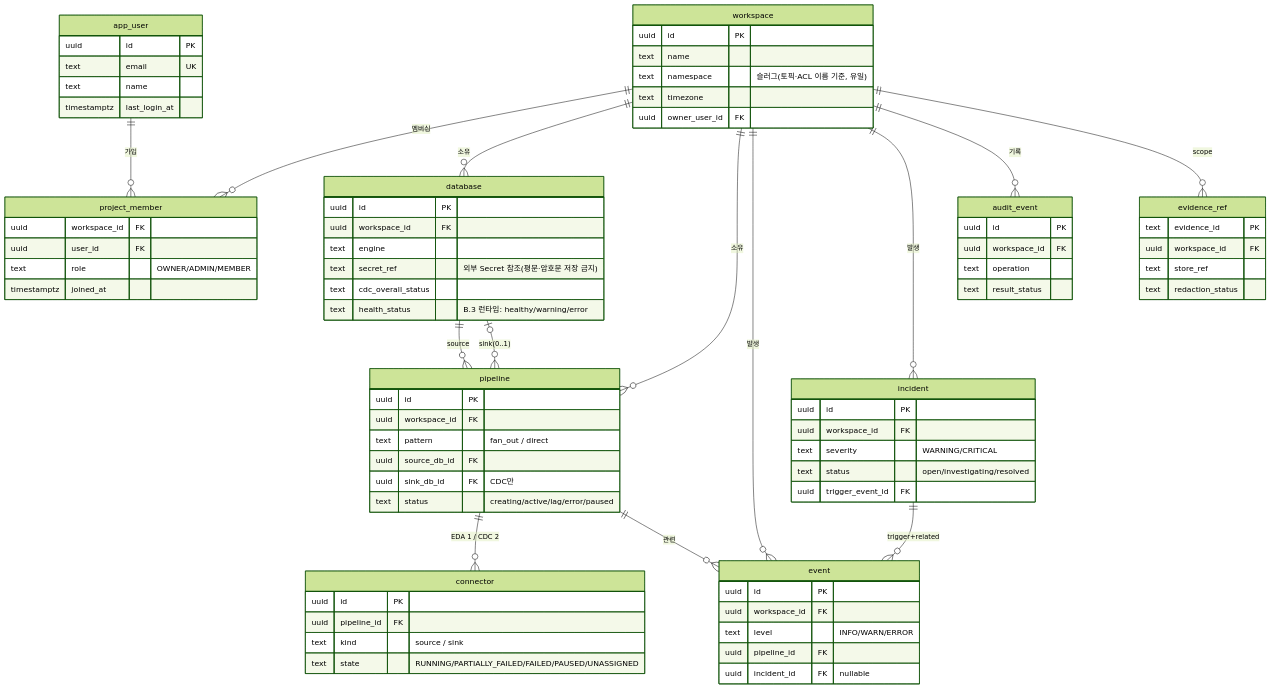
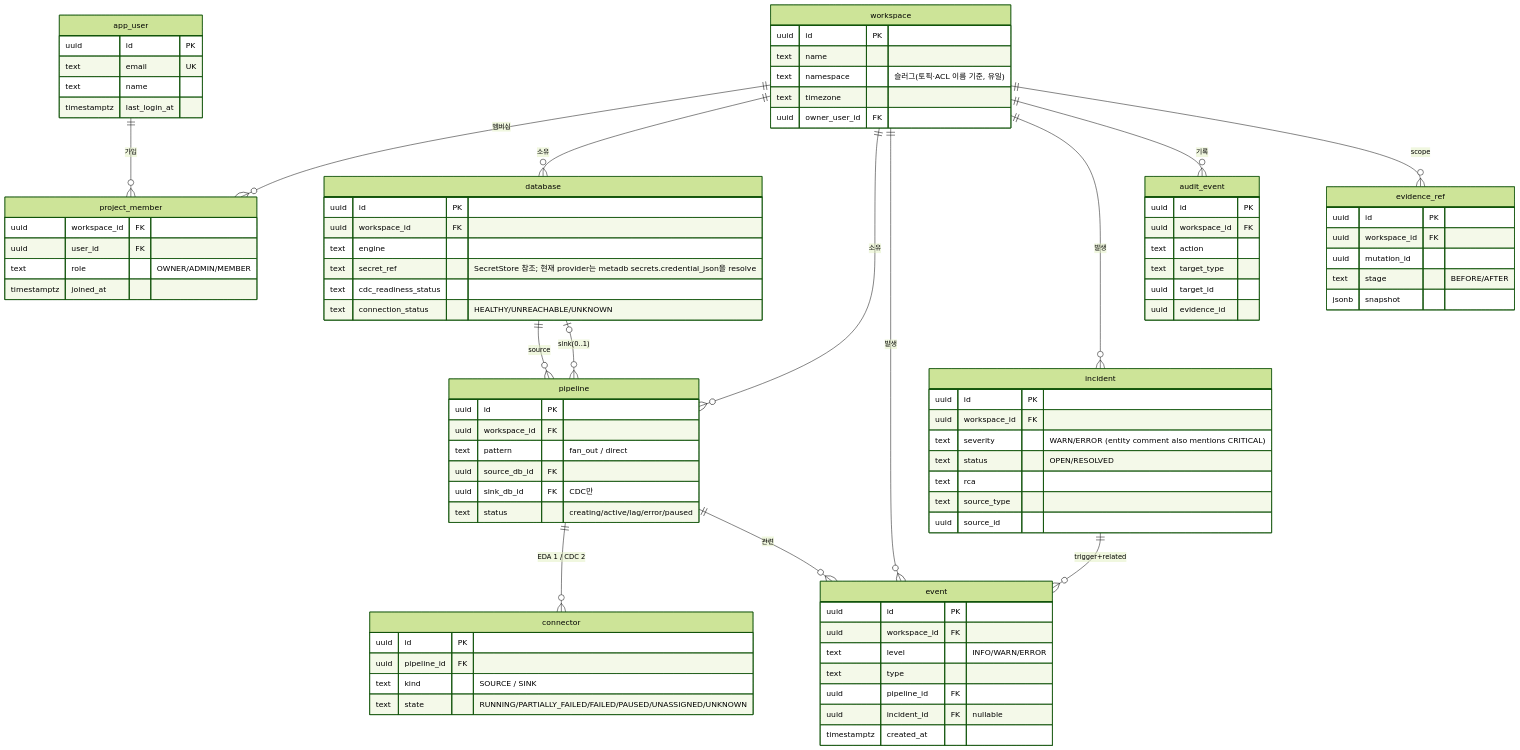
One commit to cloud-team2/bifrost changed the diagram in docs/design/backend-springboot/data-model.md. Above: the diagram before and after it, drawn with Mermaid (forest theme). The commit also changed other lines of this file and 25 other files, not shown here.

````diff
--- a/docs/design/backend-springboot/data-model.md
+++ b/docs/design/backend-springboot/data-model.md
@@ -53,9 +53,9 @@
         uuid id PK
         uuid workspace_id FK
         text engine
-        text secret_ref "외부 Secret 참조(평문·암호문 저장 금지)"
-        text cdc_overall_status
-        text health_status "B.3 런타임: healthy/warning/error"
+        text secret_ref "SecretStore 참조; 현재 provider는 metadb secrets.credential_json을 resolve"
+        text cdc_readiness_status
+        text connection_status "HEALTHY/UNREACHABLE/UNKNOWN"
     }
     pipeline {
         uuid id PK
@@ -68,33 +68,40 @@
     connector {
         uuid id PK
         uuid pipeline_id FK
-        text kind "source / sink"
-        text state "RUNNING/PARTIALLY_FAILED/FAILED/PAUSED/UNASSIGNED"
+        text kind "SOURCE / SINK"
+        text state "RUNNING/PARTIALLY_FAILED/FAILED/PAUSED/UNASSIGNED/UNKNOWN"
     }
     event {
         uuid id PK
         uuid workspace_id FK
         text level "INFO/WARN/ERROR"
+        text type
         uuid pipeline_id FK
         uuid incident_id FK "nullable"
+        timestamptz created_at
     }
     incident {
         uuid id PK
         uuid workspace_id FK
-        text severity "WARNING/CRITICAL"
-        text status "open/investigating/resolved"
-        uuid trigger_event_id FK
+        text severity "WARN/ERROR (entity comment also mentions CRITICAL)"
+        text status "OPEN/RESOLVED"
+        text rca
+        text source_type
+        uuid source_id
     }
     audit_event {
         uuid id PK
         uuid workspace_id FK
-        text operation
-        text result_status
+        text action
+        text target_type
+        uuid target_id
+        uuid evidence_id
     }
     evidence_ref {
-        text evidence_id PK
+        uuid id PK
         uuid workspace_id FK
-        text store_ref
-        text redaction_status
+        uuid mutation_id
+        text stage "BEFORE/AFTER"
+        jsonb snapshot
     }
 ```
````
